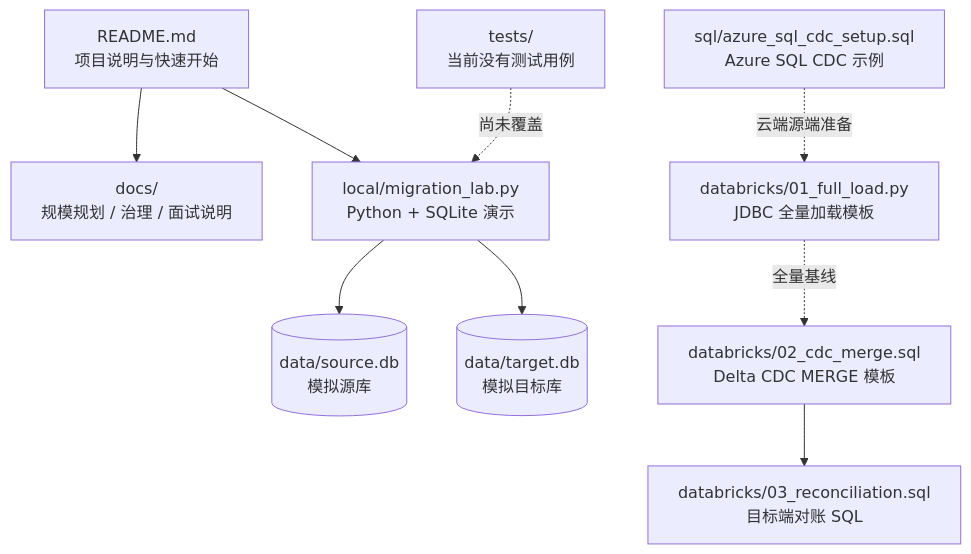
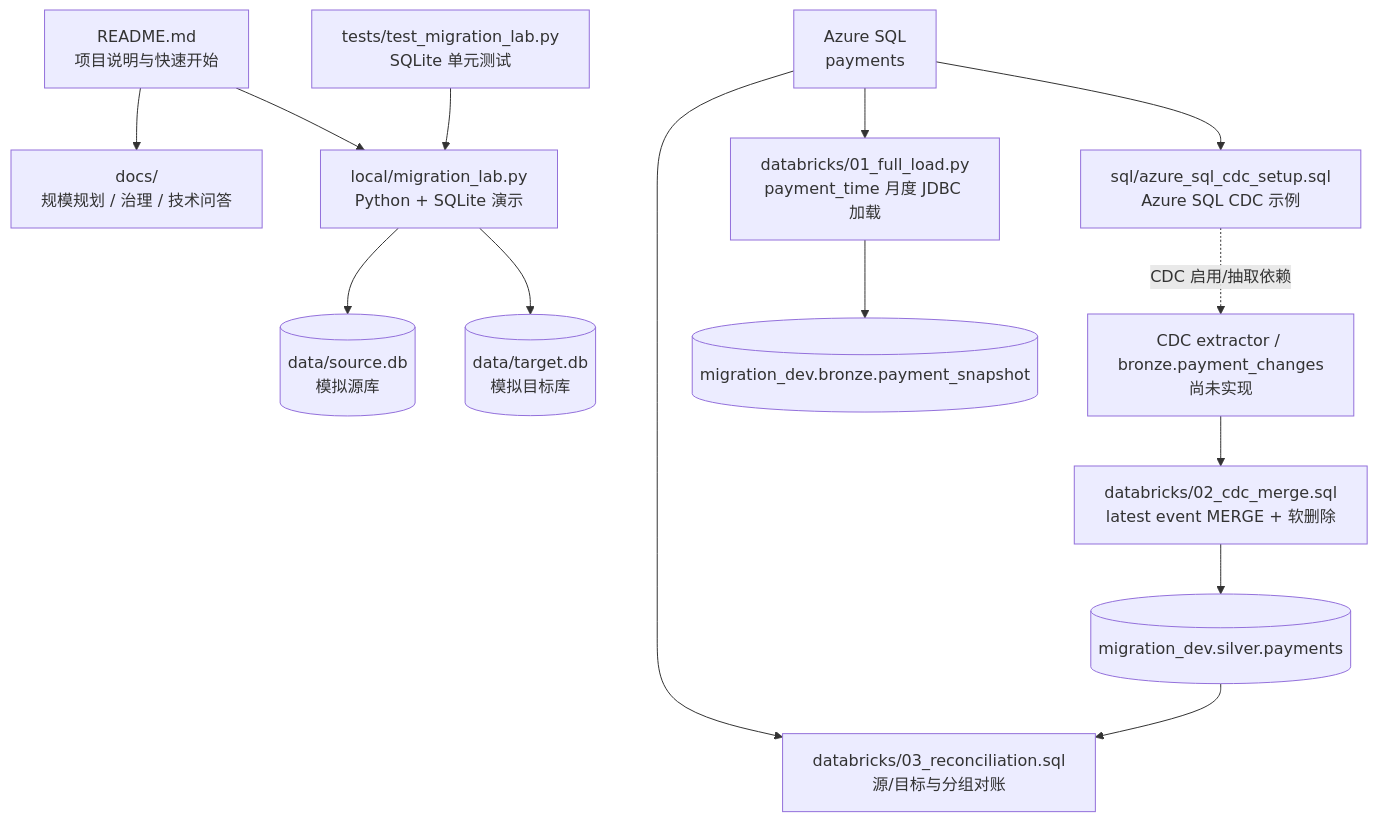
One commit to vinci72002/azure-sql-databricks-migration-lab changed the first of 2 diagrams in docs/project_overview.md. Above: the diagram before and after it, drawn with Mermaid. The commit also changed other lines of this file and 6 other files, not shown here.

Commit message:
Refactor local migration lab and add technical Q&A

````diff
--- a/docs/project_overview.md
+++ b/docs/project_overview.md
@@ -39,22 +39,30 @@
 ```mermaid
 flowchart TD
     README[README.md<br/>项目说明与快速开始]
-    DOCS[docs/<br/>规模规划 / 治理 / 面试说明]
+    DOCS[docs/<br/>规模规划 / 治理 / 技术问答]
     LOCAL[local/migration_lab.py<br/>Python + SQLite 演示]
     SRC[(data/source.db<br/>模拟源库)]
     TGT[(data/target.db<br/>模拟目标库)]
     CDC[sql/azure_sql_cdc_setup.sql<br/>Azure SQL CDC 示例]
-    FULL[databricks/01_full_load.py<br/>JDBC 全量加载模板]
-    MERGE[databricks/02_cdc_merge.sql<br/>Delta CDC MERGE 模板]
-    RECON[databricks/03_reconciliation.sql<br/>目标端对账 SQL]
-    EMPTY[tests/<br/>当前没有测试用例]
+    AZURE[Azure SQL<br/>payments]
+    FULL[databricks/01_full_load.py<br/>payment_time 月度 JDBC 加载]
+    LANDING[CDC extractor / bronze.payment_changes<br/>尚未实现]
+    MERGE[databricks/02_cdc_merge.sql<br/>latest event MERGE + 软删除]
+    SILVER[(migration_dev.silver.payments)]
+    RECON[databricks/03_reconciliation.sql<br/>源/目标与分组对账]
+    TESTS[tests/test_migration_lab.py<br/>SQLite 单元测试]
 
     README --> LOCAL
     README --> DOCS
     LOCAL --> SRC
     LOCAL --> TGT
-    CDC -. 云端源端准备 .-> FULL
-    FULL -. 全量基线 .-> MERGE
-    MERGE --> RECON
-    EMPTY -. 尚未覆盖 .-> LOCAL
+    AZURE --> FULL
+    AZURE --> CDC
+    AZURE --> RECON
+    FULL --> BRONZE[(migration_dev.bronze.payment_snapshot)]
+    CDC -. CDC 启用/抽取依赖 .-> LANDING
+    LANDING --> MERGE
+    MERGE --> SILVER
+    SILVER --> RECON
+    TESTS --> LOCAL
 ```
````
